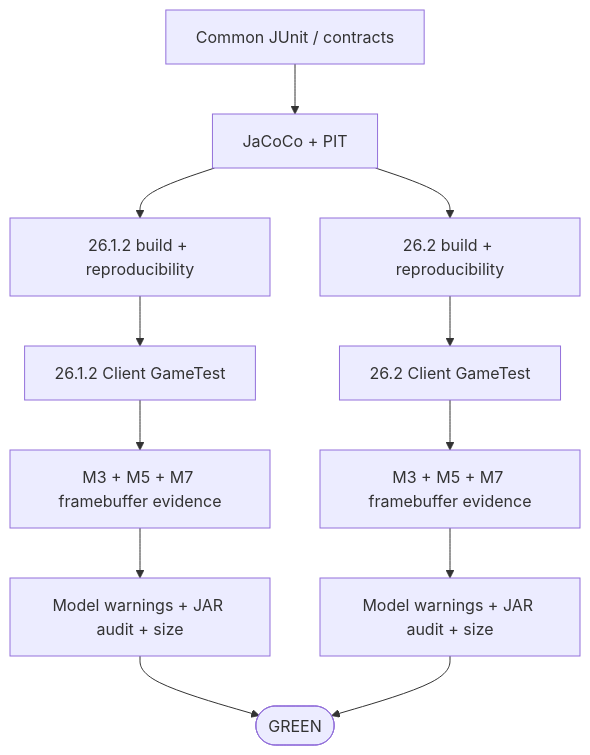
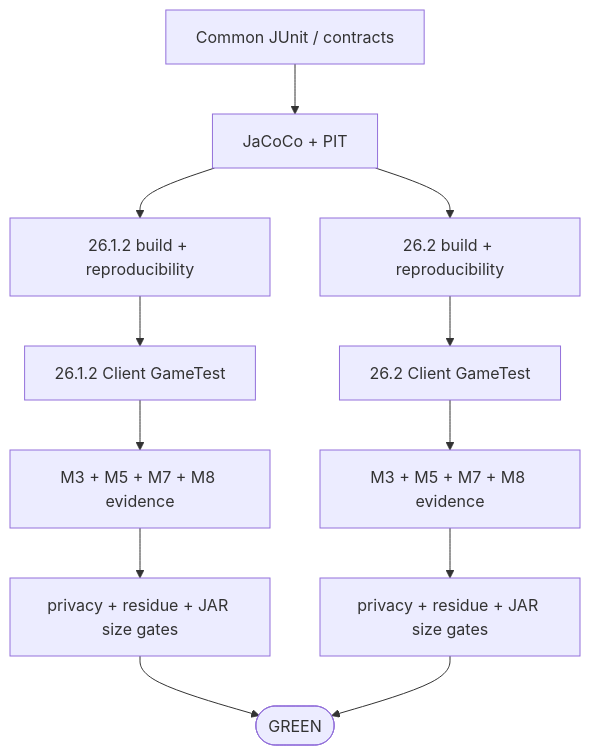
Before and after one commit to bosatsu25/BlockLens: the third of 4 diagrams in README.md, drawn with Mermaid. The commit also changed other lines of this file, not shown here.

Commit message:
docs: refresh English README for M8 size and performance policy

````diff
--- a/README.md
+++ b/README.md
@@ -189,14 +195,14 @@
 ```mermaid
 flowchart TD
     C[Common JUnit / contracts] --> Q[JaCoCo + PIT]
     Q --> B1[26.1.2 build + reproducibility]
     Q --> B2[26.2 build + reproducibility]
     B1 --> G1[26.1.2 Client GameTest]
     B2 --> G2[26.2 Client GameTest]
-    G1 --> V1[M3 + M5 + M7 framebuffer evidence]
-    G2 --> V2[M3 + M5 + M7 framebuffer evidence]
-    V1 --> A1[Model warnings + JAR audit + size]
-    V2 --> A2[Model warnings + JAR audit + size]
-    A1 --> GREEN([GREEN])
-    A2 --> GREEN
+    G1 --> E1[M3 + M5 + M7 + M8 evidence]
+    G2 --> E2[M3 + M5 + M7 + M8 evidence]
+    E1 --> S1[privacy + residue + JAR size gates]
+    E2 --> S2[privacy + residue + JAR size gates]
+    S1 --> GREEN([GREEN])
+    S2 --> GREEN
 ```
````
